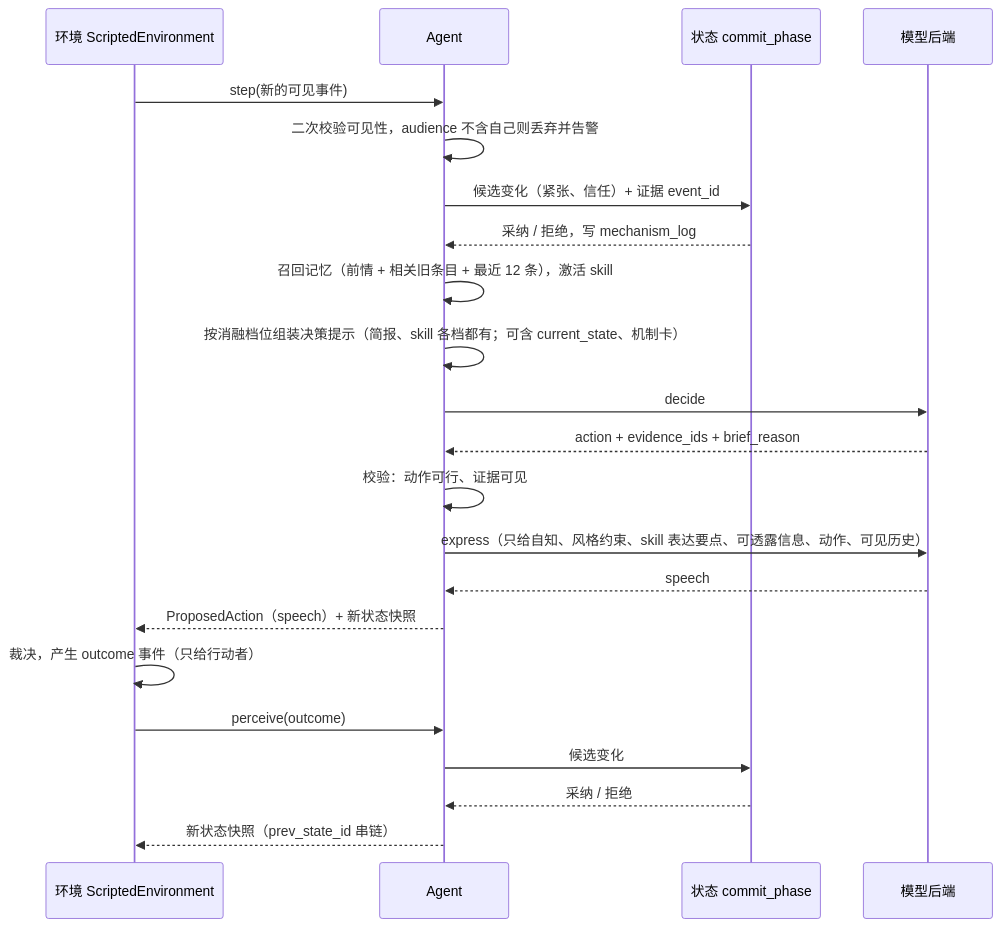
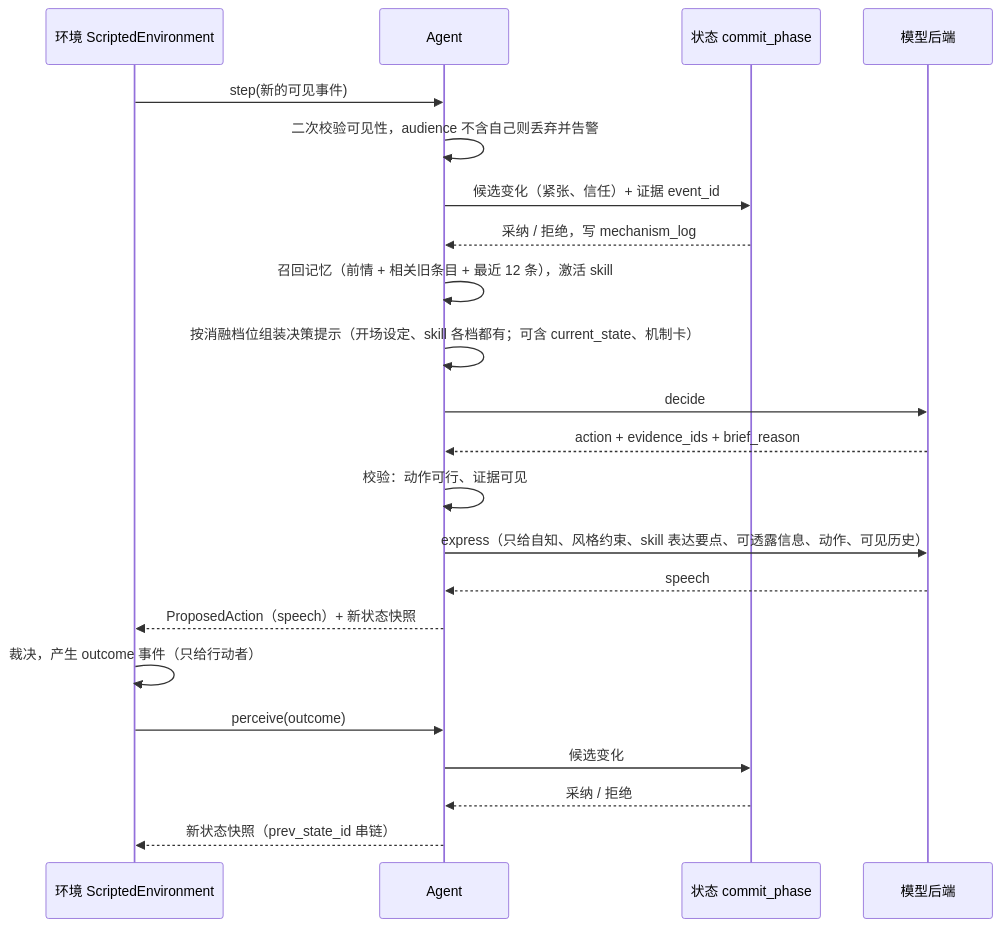
The second of 5 diagrams in docs/07-architecture.md (piersalei/RoleSimulationFramework), drawn with Mermaid before and after one commit. The commit also changed other lines of this file and 33 other files, not shown here.

````diff
--- a/docs/07-architecture.md
+++ b/docs/07-architecture.md
@@ -95,25 +96,25 @@
 ```mermaid
 sequenceDiagram
   participant E as 环境 ScriptedEnvironment
   participant A as Agent
   participant S as 状态 commit_phase
   participant M as 模型后端
 
   E->>A: step(新的可见事件)
   A->>A: 二次校验可见性，audience 不含自己则丢弃并告警
   A->>S: 候选变化（紧张、信任）+ 证据 event_id
   S-->>A: 采纳 / 拒绝，写 mechanism_log
   A->>A: 召回记忆（前情 + 相关旧条目 + 最近 12 条），激活 skill
-  A->>A: 按消融档位组装决策提示（简报、skill 各档都有；可含 current_state、机制卡）
+  A->>A: 按消融档位组装决策提示（开场设定、skill 各档都有；可含 current_state、机制卡）
   A->>M: decide
   M-->>A: action + evidence_ids + brief_reason
   A->>A: 校验：动作可行、证据可见
   A->>M: express（只给自知、风格约束、skill 表达要点、可透露信息、动作、可见历史）
   M-->>A: speech
   A-->>E: ProposedAction（speech）+ 新状态快照
   E->>E: 裁决，产生 outcome 事件（只给行动者）
   E->>A: perceive(outcome)
   A->>S: 候选变化
   S-->>A: 采纳 / 拒绝
   A-->>E: 新状态快照（prev_state_id 串链）
 ```
````
